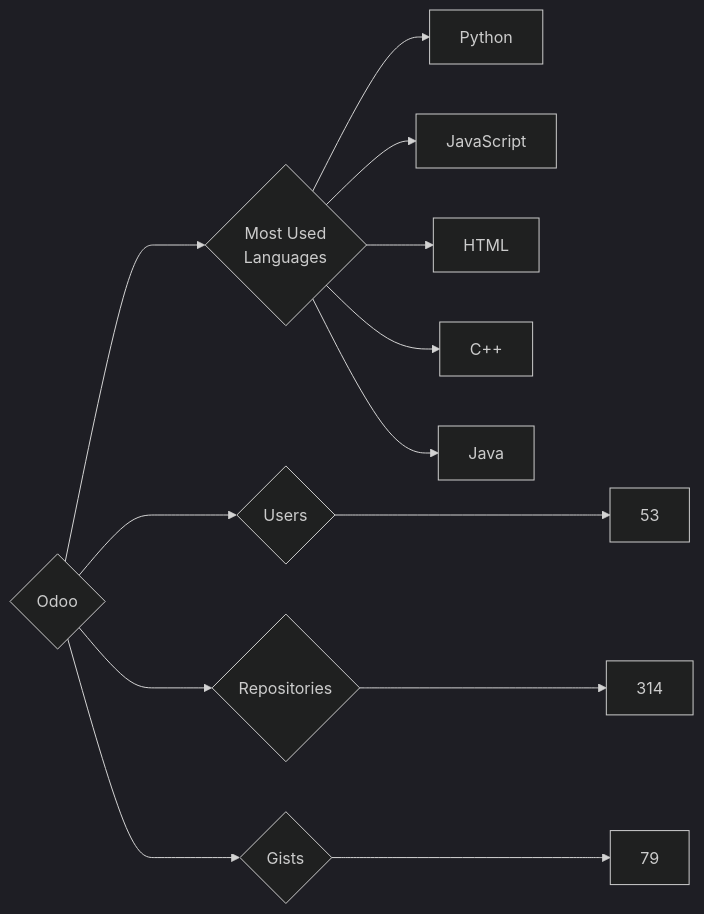
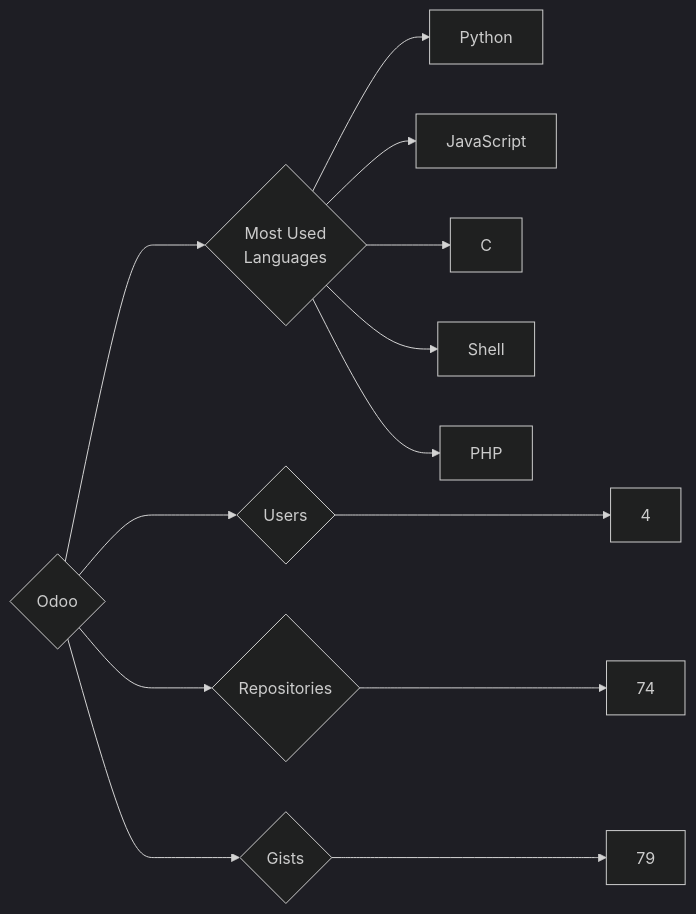
Before and after one commit to trickest/insiders: the diagram in targets/Odoo/README.md, drawn with Mermaid (dark theme). The commit also changed 681 other files, not shown here.

````diff
--- a/targets/Odoo/README.md
+++ b/targets/Odoo/README.md
@@ -3,13 +3,13 @@
 ```mermaid
 graph LR
 COMPANY_NAME{Odoo}
-COMPANY_NAME ---> U{Users} ---> UN[53]
-COMPANY_NAME ---> R{Repositories} ---> RN[314]
+COMPANY_NAME ---> U{Users} ---> UN[4]
+COMPANY_NAME ---> R{Repositories} ---> RN[74]
 COMPANY_NAME ---> G{Gists} ---> GN[79]
 COMPANY_NAME ---> ML{Most Used<br>Languages}
 ML --> Python[Python]
 ML --> JavaScript[JavaScript]
-ML --> HTML[HTML]
-ML --> C++[C++]
-ML --> Java[Java]
+ML --> C[C]
+ML --> Shell[Shell]
+ML --> PHP[PHP]
 ```
````
